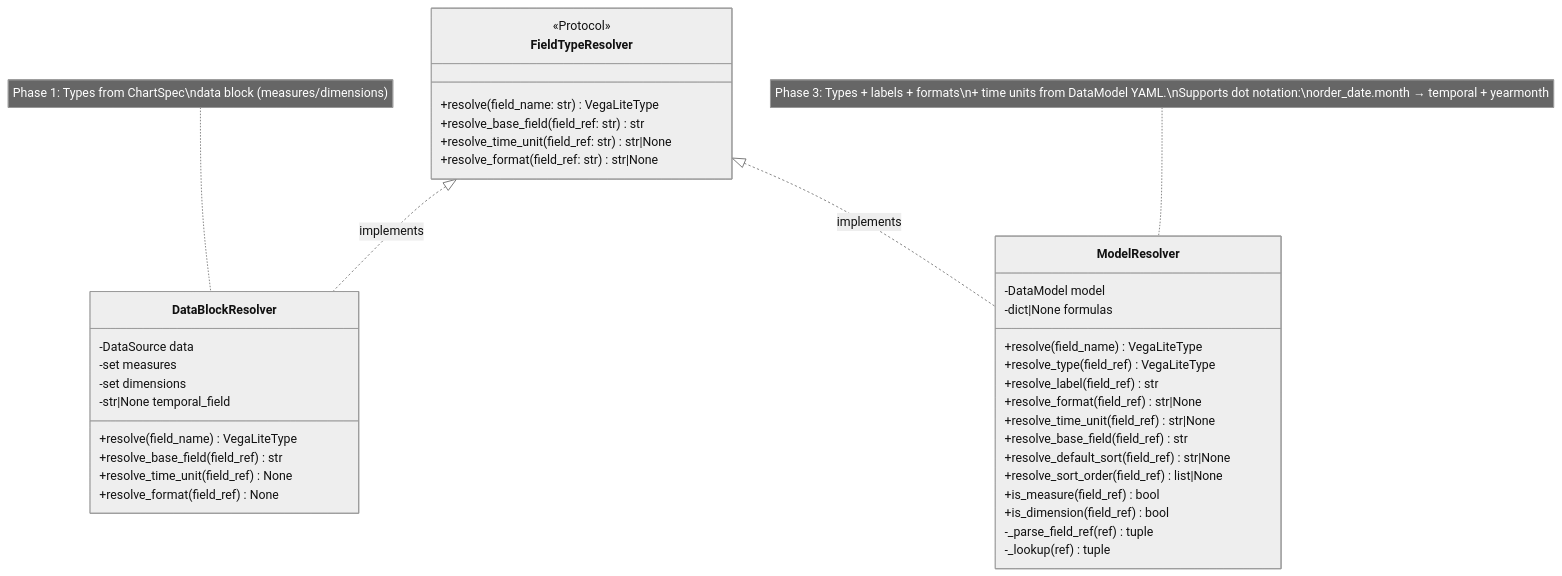
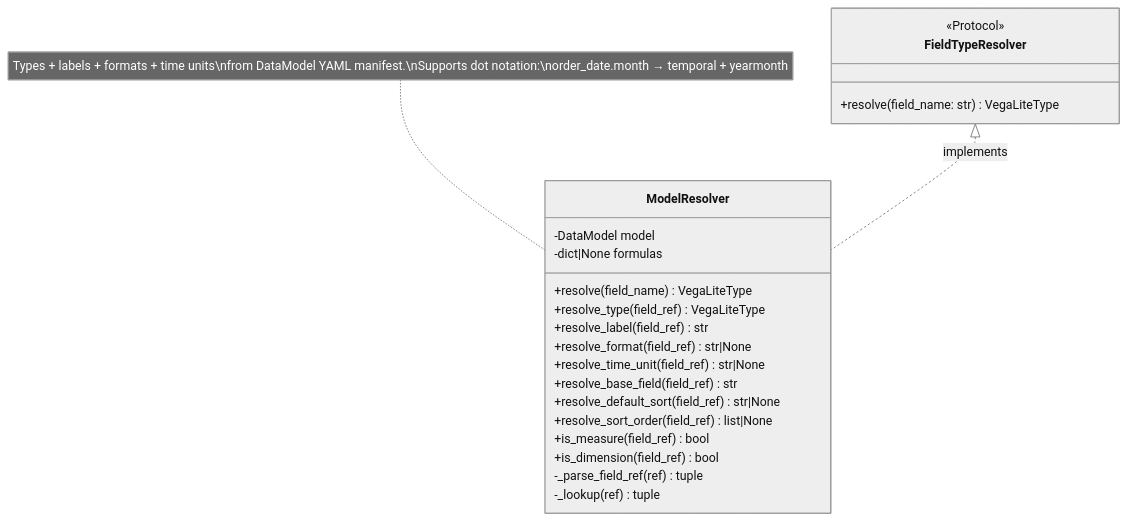
Before and after one commit to shelveshq/shelves: the fourth of 10 diagrams in docs/architecture-diagram.md, drawn with Mermaid (neutral theme). The commit also changed other lines of this file and 37 other files, not shown here.

Commit message:
feat: remove legacy DataSource Inline declaration, change tests to use model instead

````diff
--- a/docs/architecture-diagram.md
+++ b/docs/architecture-diagram.md
@@ -347,44 +326,28 @@
 ```mermaid
 classDiagram
     class FieldTypeResolver {
         <<Protocol>>
         +resolve(field_name: str) VegaLiteType
-        +resolve_base_field(field_ref: str) str
-        +resolve_time_unit(field_ref: str) str|None
-        +resolve_format(field_ref: str) str|None
-    }
-
-    class DataBlockResolver {
-        -DataSource data
-        -set measures
-        -set dimensions
-        -str|None temporal_field
-        +resolve(field_name) VegaLiteType
-        +resolve_base_field(field_ref) str
-        +resolve_time_unit(field_ref) None
-        +resolve_format(field_ref) None
     }
 
     class ModelResolver {
         -DataModel model
         -dict|None formulas
         +resolve(field_name) VegaLiteType
         +resolve_type(field_ref) VegaLiteType
         +resolve_label(field_ref) str
         +resolve_format(field_ref) str|None
         +resolve_time_unit(field_ref) str|None
         +resolve_base_field(field_ref) str
         +resolve_default_sort(field_ref) str|None
         +resolve_sort_order(field_ref) list|None
         +is_measure(field_ref) bool
         +is_dimension(field_ref) bool
         -_parse_field_ref(ref) tuple
         -_lookup(ref) tuple
     }
 
-    FieldTypeResolver <|.. DataBlockResolver : implements
     FieldTypeResolver <|.. ModelResolver : implements
 
-    note for DataBlockResolver "Phase 1: Types from ChartSpec\ndata block (measures/dimensions)"
-    note for ModelResolver "Phase 3: Types + labels + formats\n+ time units from DataModel YAML.\nSupports dot notation:\norder_date.month → temporal + yearmonth"
+    note for ModelResolver "Types + labels + formats + time units\nfrom DataModel YAML manifest.\nSupports dot notation:\norder_date.month → temporal + yearmonth"
 ```
````
